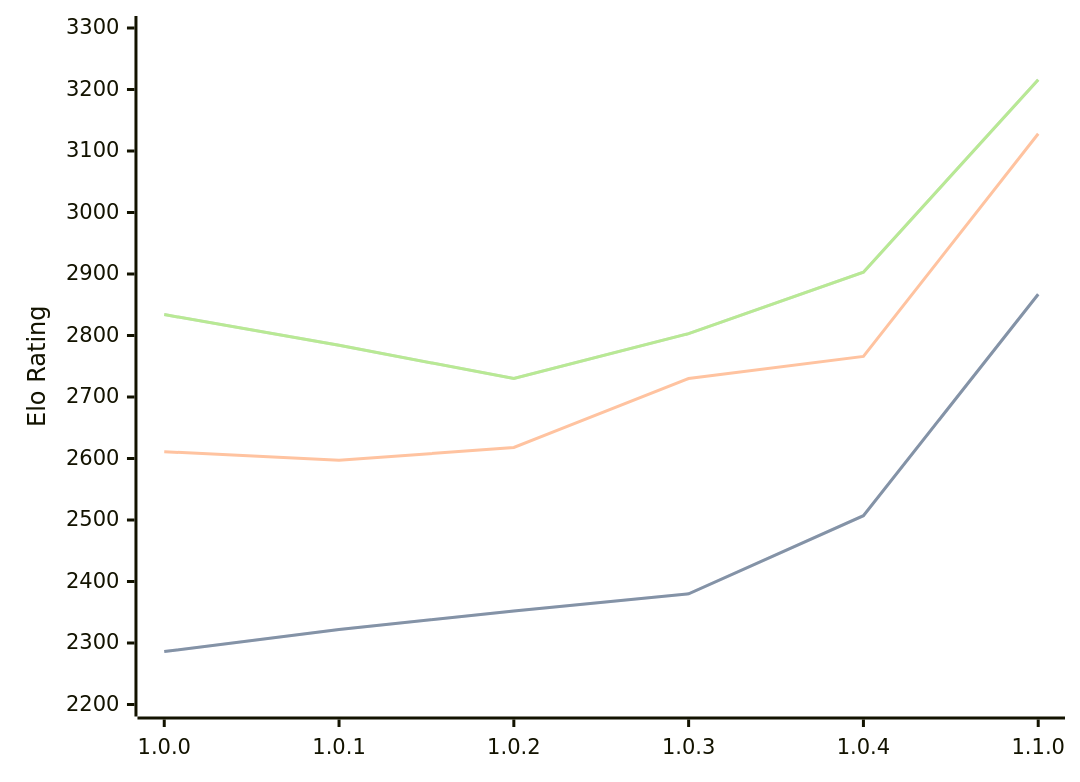
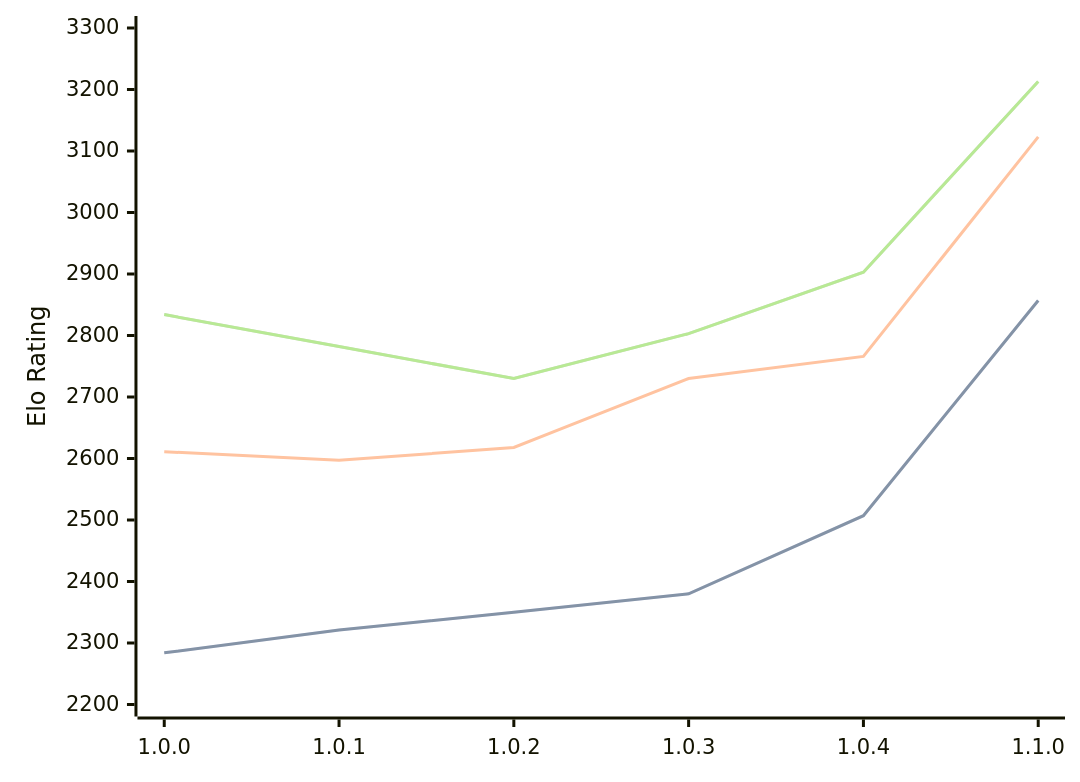
Before and after one commit to computer-chess-index/cci: the diagram in engines/Grail.md, drawn with Mermaid. The commit also changed other lines of this file, not shown here.

Commit message:
Update CCI Ratings (ELO VLTC) - 2026-03-03

````diff
--- a/engines/Grail.md
+++ b/engines/Grail.md
@@ -34,11 +34,11 @@
 ```mermaid
 %%{init: {"theme":"base","themeVariables":{"seriesColors:['#a3a3a3','#222221','#faa371']}}}%%
 xychart-beta
   x-axis ["1.0.0", "1.0.1", "1.0.2", "1.0.3", "1.0.4", "1.1.0"]
   y-axis "Elo Rating" 2200 --> 3300
-  line "STC (8.0+0.08s)" [2286, 2322, 2352, 2380, 2507, 2867]
-  line "STC (8.0+0.08s)" [2286, 2322, 2352, 2380, 2507, 2867]
-  line "LTC (60.0+0.60s)" [2611, 2597, 2618, 2730, 2766, 3128]
-  line "VLTC (2m24s+1.12s)" [2834, 2784, 2730, 2803, 2903, 3216]
-  line "VLTC (2m24s+1.12s)" [2834, 2784, 2730, 2803, 2903, 3216]
+  line "STC (8.0+0.08s)" [2284, 2321, 2350, 2380, 2507, 2857]
+  line "STC (8.0+0.08s)" [2284, 2321, 2350, 2380, 2507, 2857]
+  line "LTC (60.0+0.60s)" [2611, 2597, 2618, 2730, 2766, 3123]
+  line "VLTC (2m24s+1.12s)" [2834, 2782, 2730, 2803, 2903, 3213]
+  line "VLTC (2m24s+1.12s)" [2834, 2782, 2730, 2803, 2903, 3213]
 ```
````
